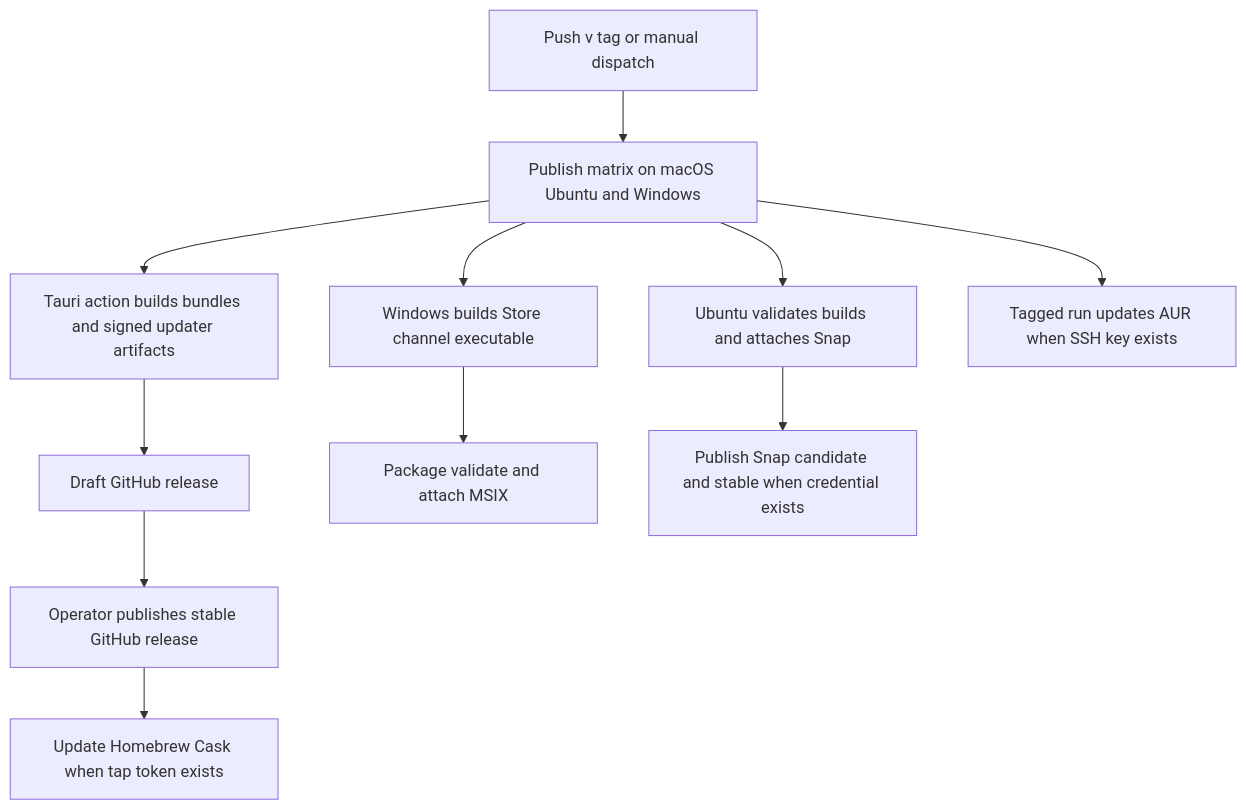
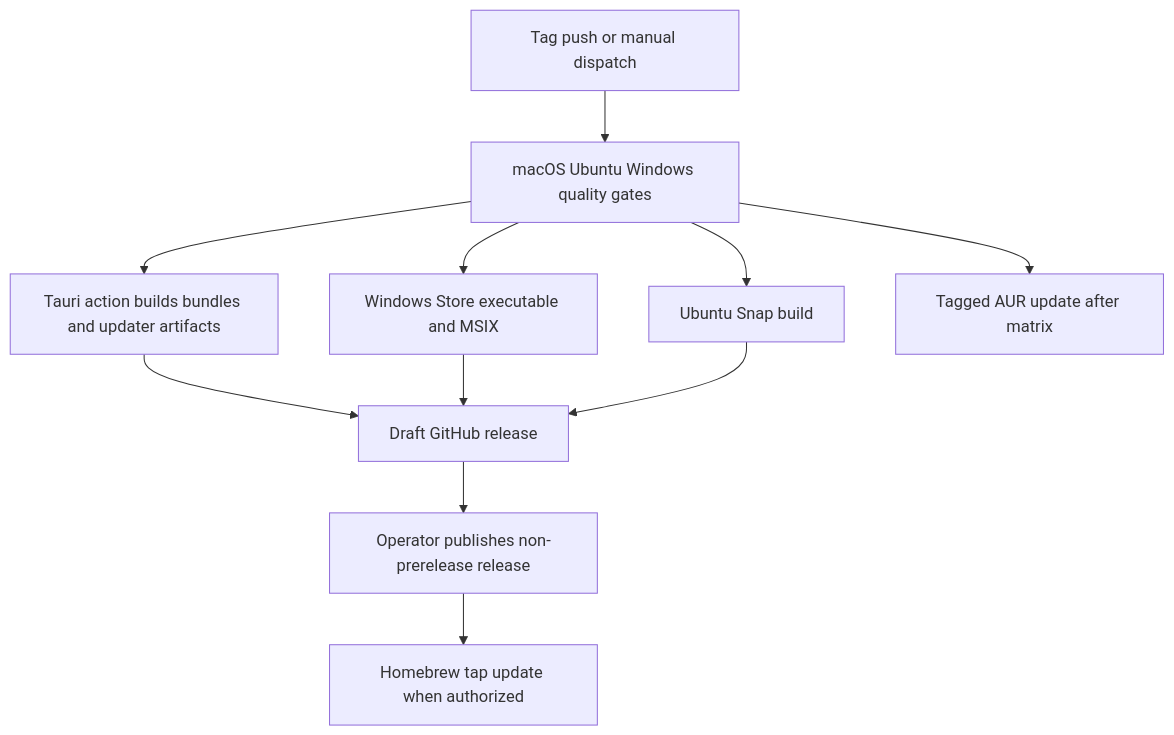
Before and after one commit to xXRoxXeRXx/lymic: the diagram in openwiki/operations/release-distribution.md, drawn with Mermaid. The commit also changed other lines of this file and 23 other files, not shown here.

````diff
--- a/openwiki/operations/release-distribution.md
+++ b/openwiki/operations/release-distribution.md
@@ -62,13 +69,13 @@
 ```mermaid
 flowchart TD
-    Trigger["Push v tag or manual dispatch"] --> Matrix["Publish matrix on macOS Ubuntu and Windows"]
-    Matrix --> Standard["Tauri action builds bundles and signed updater artifacts"]
-    Standard --> Draft["Draft GitHub release"]
-    Matrix --> StoreBuild["Windows builds Store channel executable"]
-    StoreBuild --> Msix["Package validate and attach MSIX"]
-    Matrix --> SnapBuild["Ubuntu validates builds and attaches Snap"]
-    SnapBuild --> SnapStore["Publish Snap candidate and stable when credential exists"]
-    Matrix --> Aur["Tagged run updates AUR when SSH key exists"]
-    Draft --> Publish["Operator publishes stable GitHub release"]
-    Publish --> Cask["Update Homebrew Cask when tap token exists"]
+    Trigger["Tag push or manual dispatch"] --> Matrix["macOS Ubuntu Windows quality gates"]
+    Matrix --> Tauri["Tauri action builds bundles and updater artifacts"]
+    Tauri --> Draft["Draft GitHub release"]
+    Matrix --> Store["Windows Store executable and MSIX"]
+    Store --> Draft
+    Matrix --> Snap["Ubuntu Snap build"]
+    Snap --> Draft
+    Matrix --> Aur["Tagged AUR update after matrix"]
+    Draft --> Publish["Operator publishes non-prerelease release"]
+    Publish --> Cask["Homebrew tap update when authorized"]
 ```
````
